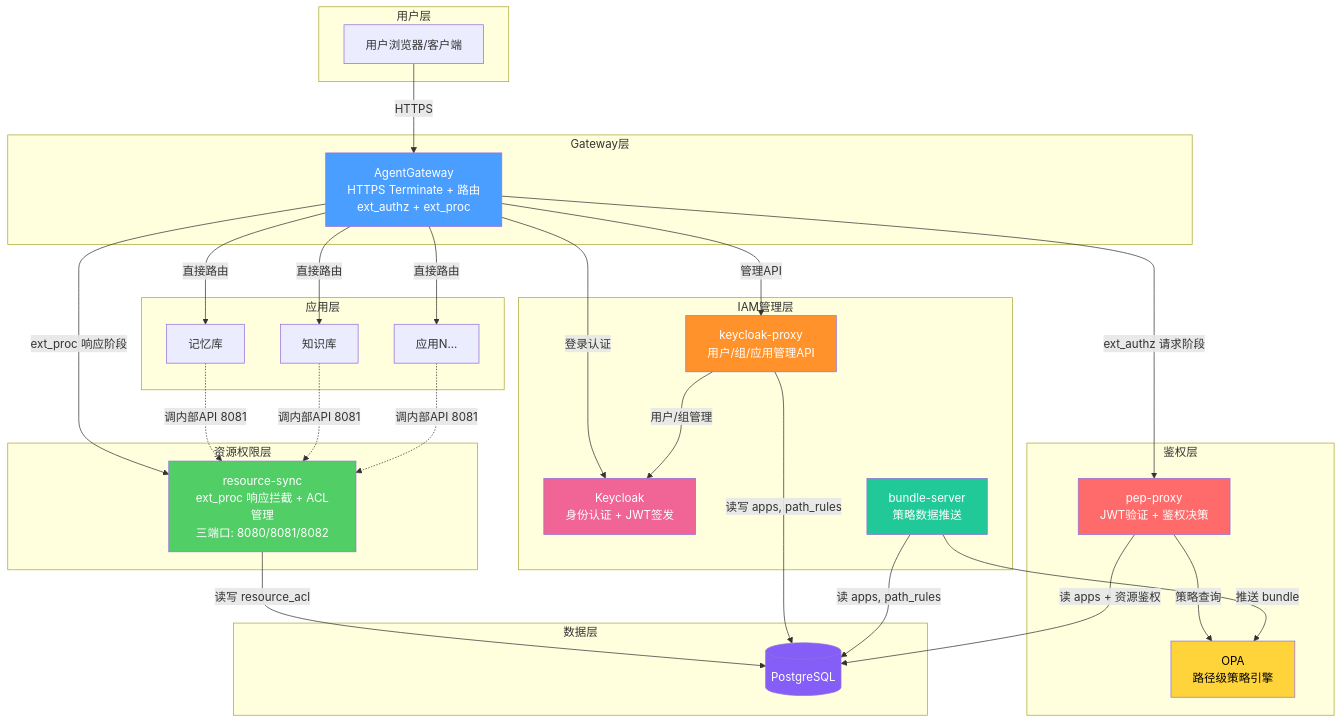
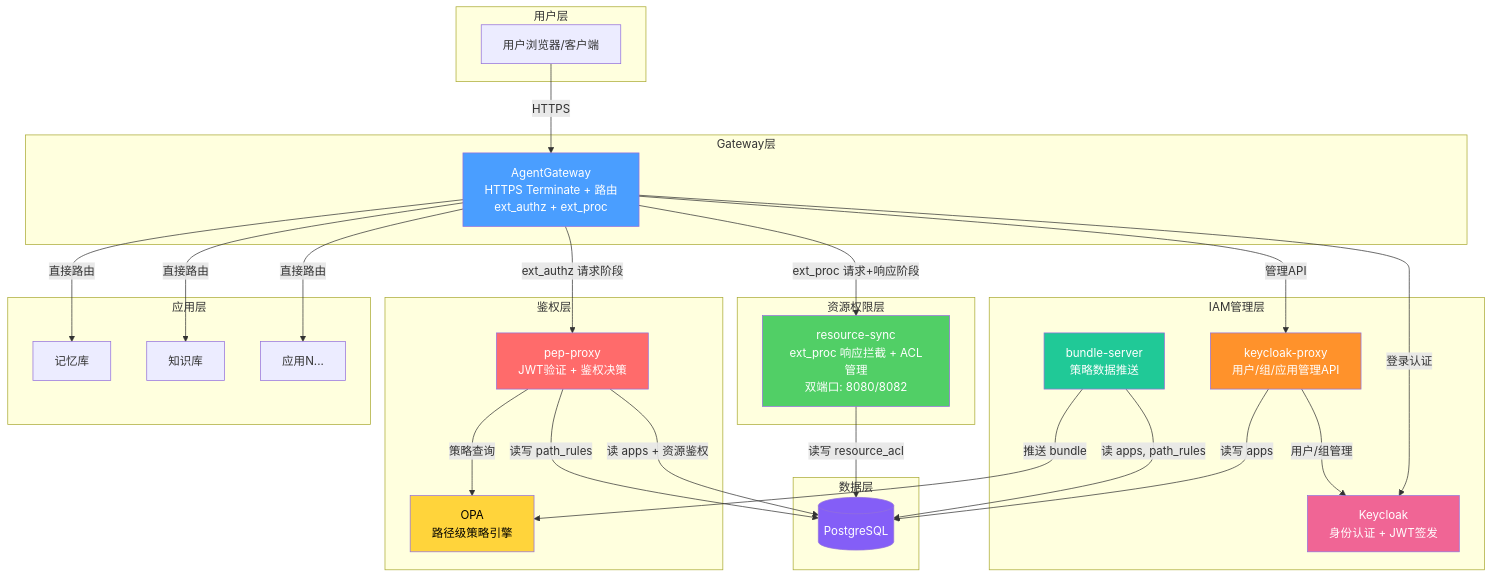
Before and after one commit to xiewanchao/aidp-iam: the first of 10 diagrams in diagrams/component-responsibility.md, drawn with Mermaid. The commit also changed other lines of this file and 43 other files, not shown here.

First line of the commit message:
feat: IAM v2.0 - groups model, resource ACL, ext_proc, API Key auth

````diff
--- a/diagrams/component-responsibility.md
+++ b/diagrams/component-responsibility.md
@@ -11,63 +11,61 @@
 ```mermaid
 flowchart TB
     subgraph 用户层
         USER[用户浏览器/客户端]
     end
 
     subgraph Gateway层
         GW[AgentGateway<br/>HTTPS Terminate + 路由<br/>ext_authz + ext_proc]
     end
 
     subgraph 鉴权层
         PEP[pep-proxy<br/>JWT验证 + 鉴权决策]
         OPA[OPA<br/>路径级策略引擎]
     end
 
     subgraph 资源权限层
-        RS[resource-sync<br/>ext_proc 响应拦截 + ACL管理<br/>三端口: 8080/8081/8082]
+        RS[resource-sync<br/>ext_proc 响应拦截 + ACL管理<br/>双端口: 8080/8082]
     end
 
     subgraph IAM管理层
         KP[keycloak-proxy<br/>用户/组/应用管理API]
         KC[Keycloak<br/>身份认证 + JWT签发]
         BS[bundle-server<br/>策略数据推送]
     end
 
     subgraph 应用层
         APP1[记忆库]
         APP2[知识库]
         APP3[应用N...]
     end
 
     subgraph 数据层
         PG[(PostgreSQL)]
     end
 
     USER -->|HTTPS| GW
     GW -->|ext_authz 请求阶段| PEP
-    GW -->|ext_proc 响应阶段| RS
+    GW -->|ext_proc 请求+响应阶段| RS
     PEP -->|策略查询| OPA
     PEP -->|读 apps + 资源鉴权| PG
     GW -->|直接路由| APP1
     GW -->|直接路由| APP2
     GW -->|直接路由| APP3
     GW -->|管理API| KP
     GW -->|登录认证| KC
     RS -->|读写 resource_acl| PG
     KP -->|用户/组管理| KC
-    KP -->|读写 apps, path_rules| PG
+    KP -->|读写 apps| PG
+    PEP -->|读写 path_rules| PG
     BS -->|读 apps, path_rules| PG
     BS -->|推送 bundle| OPA
-    APP1 -.->|调内部API 8081| RS
-    APP2 -.->|调内部API 8081| RS
-    APP3 -.->|调内部API 8081| RS
 
     style GW fill:#4a9eff,color:#fff
     style PEP fill:#ff6b6b,color:#fff
     style OPA fill:#ffd43b,color:#000
     style RS fill:#51cf66,color:#fff
     style KP fill:#ff922b,color:#fff
     style KC fill:#f06595,color:#fff
     style BS fill:#20c997,color:#fff
     style PG fill:#845ef7,color:#fff
 ```
````
